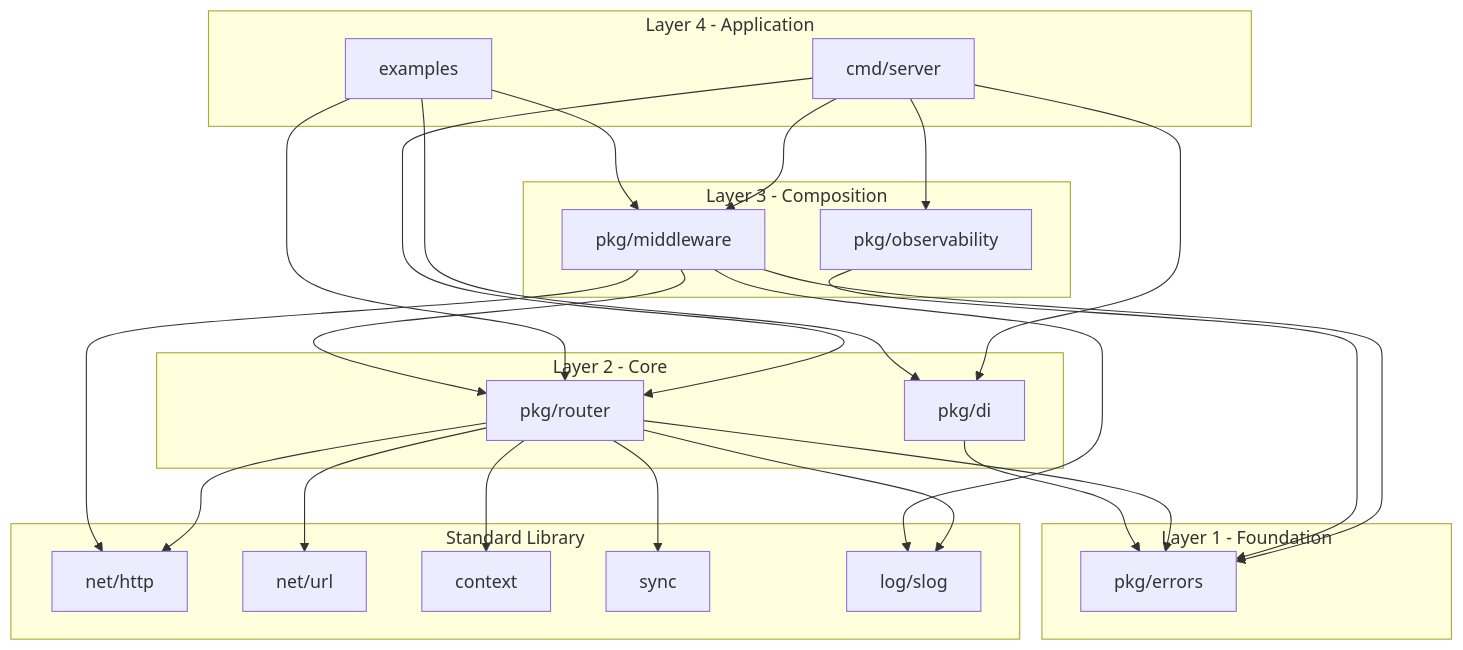
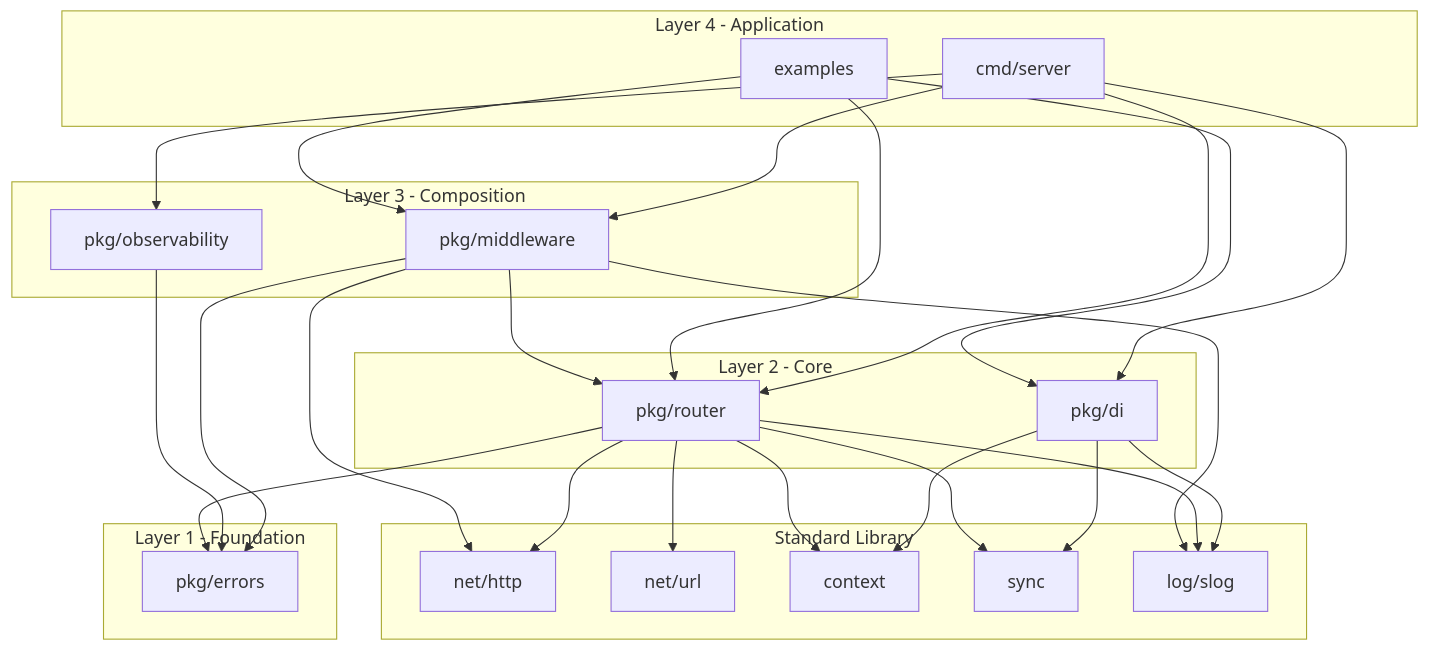
Before and after one commit to nsk-2003/lightweight-http: the diagram in docs/design/packagedesign.md, drawn with Mermaid. The commit also changed other lines of this file and 5 other files, not shown here.

````diff
--- a/docs/design/packagedesign.md
+++ b/docs/design/packagedesign.md
@@ -9,45 +9,47 @@
 ```mermaid
 flowchart TB
   subgraph app [Layer 4 - Application]
     cmdMain[cmd/server]
     examplesPkg[examples]
   end
   subgraph composition [Layer 3 - Composition]
     middlewarePkg[pkg/middleware]
     observabilityPkg[pkg/observability]
   end
   subgraph core [Layer 2 - Core]
     routerPkg[pkg/router]
     diPkg[pkg/di]
   end
   subgraph foundation [Layer 1 - Foundation]
     errorsPkg[pkg/errors]
   end
   subgraph stdlib [Standard Library]
     nethttp[net/http]
     neturl[net/url]
     ctx[context]
     syncp[sync]
     slog[log/slog]
   end
 
   cmdMain --> routerPkg
   cmdMain --> middlewarePkg
   cmdMain --> observabilityPkg
   cmdMain --> diPkg
   examplesPkg --> routerPkg
   examplesPkg --> middlewarePkg
   examplesPkg --> diPkg
   middlewarePkg --> routerPkg
   middlewarePkg --> errorsPkg
   observabilityPkg --> errorsPkg
   routerPkg --> errorsPkg
-  diPkg --> errorsPkg
+  diPkg --> ctx
+  diPkg --> syncp
+  diPkg --> slog
   routerPkg --> nethttp
   routerPkg --> neturl
   routerPkg --> ctx
   routerPkg --> syncp
   routerPkg --> slog
   middlewarePkg --> nethttp
   middlewarePkg --> slog
 ```
````
